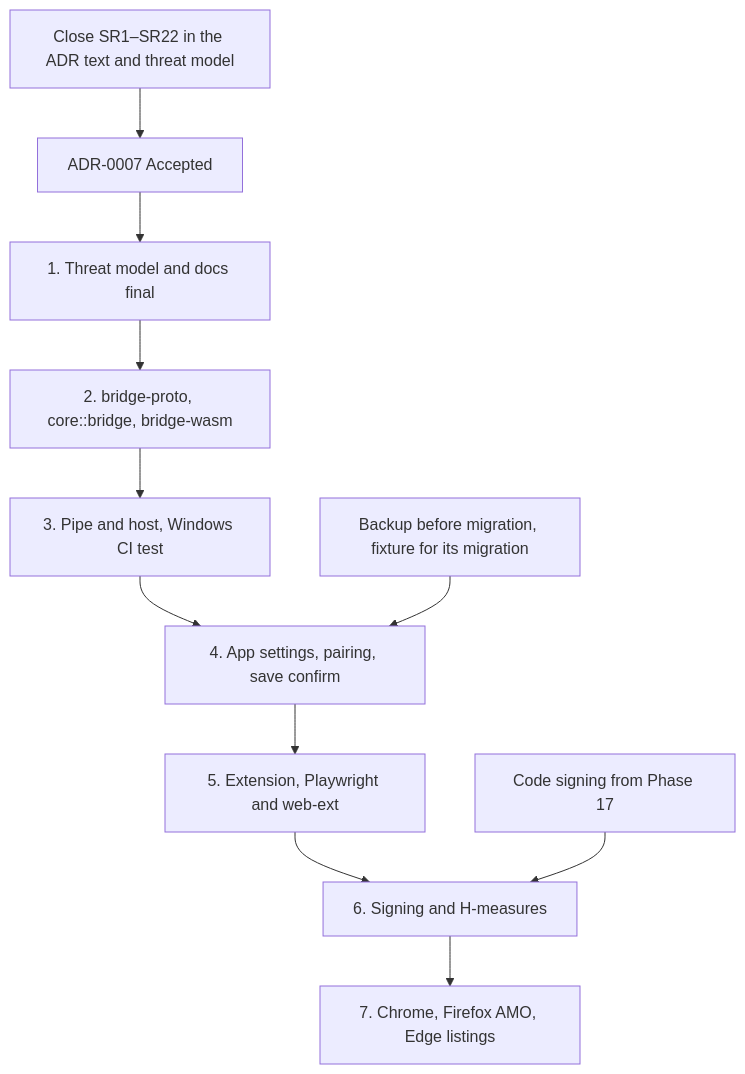
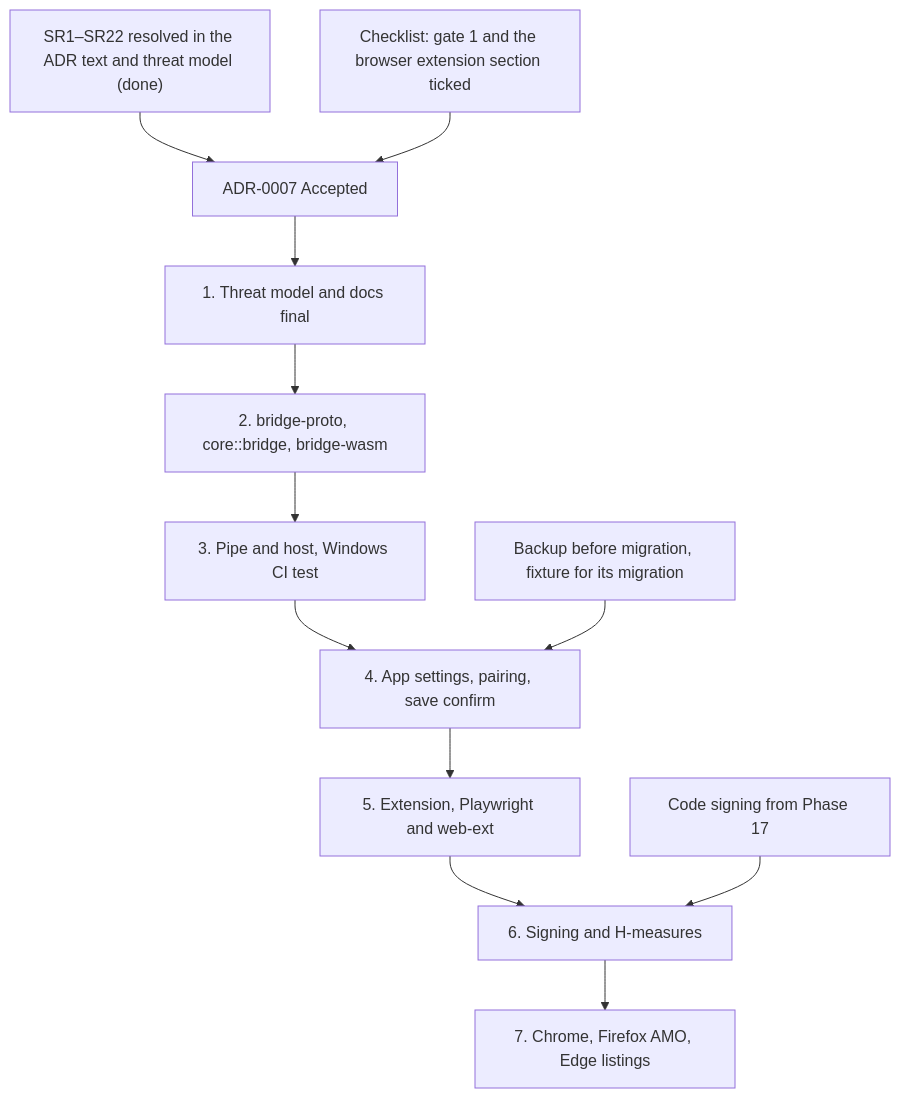
The third of 5 diagrams in docs/roadmap.md (bubb4rd/vaultair), drawn with Mermaid before and after one commit. The commit also changed other lines of this file and 39 other files, not shown here.

First line of the commit message:
feat(backup): back up a vault before upgrading its schema

````diff
--- a/docs/roadmap.md
+++ b/docs/roadmap.md
@@ -140,13 +137,14 @@
 ```mermaid
 flowchart TD
-    A["Close SR1–SR22 in the ADR text and threat model"] --> B["ADR-0007 Accepted"]
+    A["SR1–SR22 resolved in the ADR text and threat model (done)"] --> B["ADR-0007 Accepted"]
+    CL["Checklist: gate 1 and the browser extension section ticked"] --> B
     B --> C["1. Threat model and docs final"]
     C --> D["2. bridge-proto, core::bridge, bridge-wasm"]
     D --> E["3. Pipe and host, Windows CI test"]
     E --> F["4. App settings, pairing, save confirm"]
     F --> G["5. Extension, Playwright and web-ext"]
     G --> H["6. Signing and H-measures"]
     H --> I["7. Chrome, Firefox AMO, Edge listings"]
     S["Code signing from Phase 17"] --> H
     M["Backup before migration, fixture for its migration"] --> F
 ```
````
